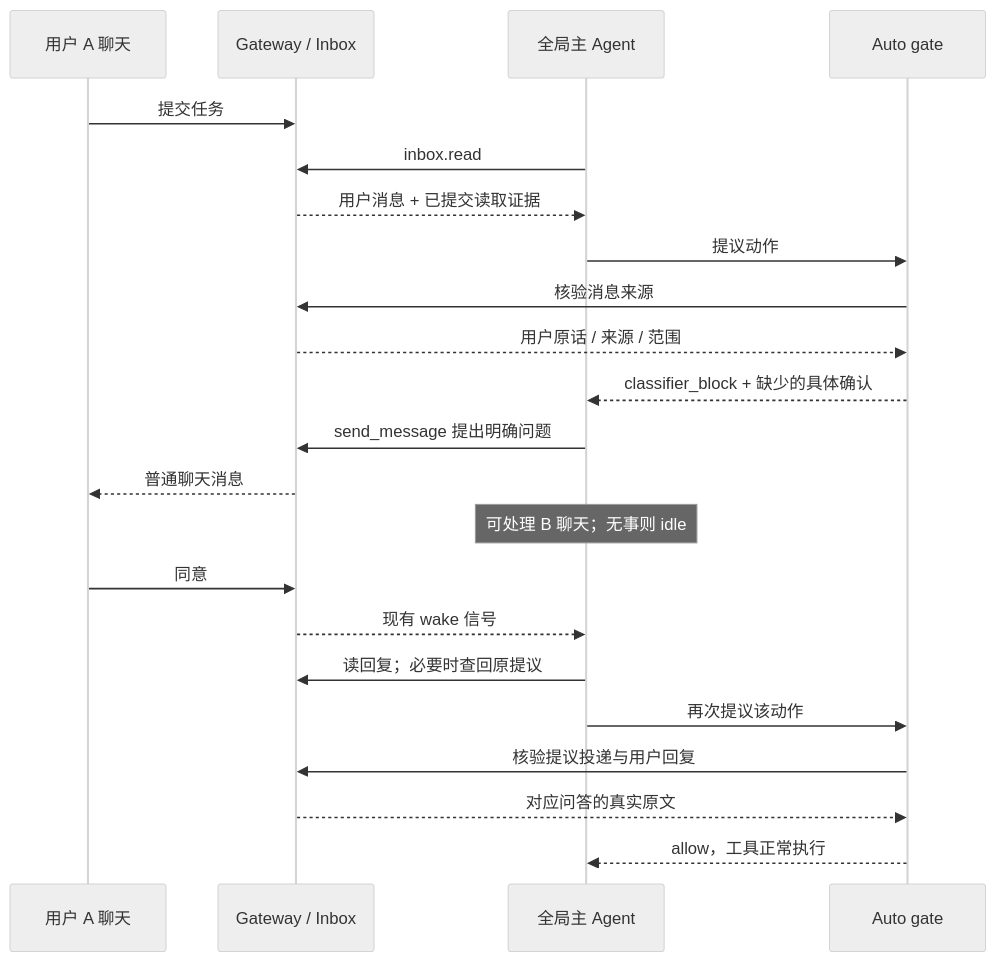
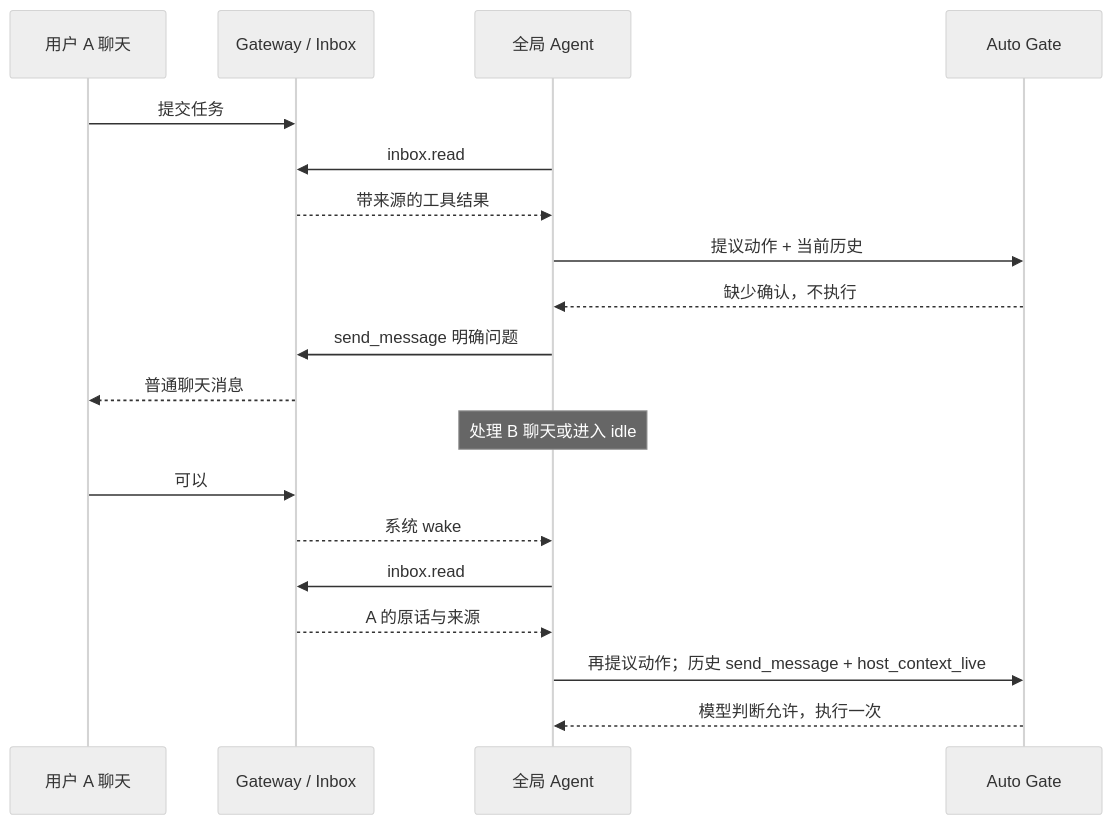
The second of 2 diagrams in docs/changes/feat-552-global-auto-approval/design.md (Mrchen116/nano-multiagent), drawn with Mermaid (neutral theme) before and after one commit. The commit also changed other lines of this file and 14 other files, not shown here.

````diff
--- a/docs/changes/feat-552-global-auto-approval/design.md
+++ b/docs/changes/feat-552-global-auto-approval/design.md
@@ -221,24 +258,21 @@
 ```mermaid
 sequenceDiagram
     participant U as 用户 A 聊天
     participant G as Gateway / Inbox
-    participant A as 全局主 Agent
-    participant P as Auto gate
+    participant A as 全局 Agent
+    participant P as Auto Gate
     U->>G: 提交任务
     A->>G: inbox.read
-    G-->>A: 用户消息 + 已提交读取证据
-    A->>P: 提议动作
-    P->>G: 核验消息来源
-    G-->>P: 用户原话 / 来源 / 范围
-    P-->>A: classifier_block + 缺少的具体确认
-    A->>G: send_message 提出明确问题
+    G-->>A: 带来源的工具结果
+    A->>P: 提议动作 + 当前历史
+    P-->>A: 缺少确认，不执行
+    A->>G: send_message 明确问题
     G-->>U: 普通聊天消息
-    Note over A: 可处理 B 聊天；无事则 idle
-    U->>G: 同意
-    G-->>A: 现有 wake 信号
-    A->>G: 读回复；必要时查回原提议
-    A->>P: 再次提议该动作
-    P->>G: 核验提议投递与用户回复
-    G-->>P: 对应问答的真实原文
-    P-->>A: allow，工具正常执行
+    Note over A: 处理 B 聊天或进入 idle
+    U->>G: 可以
+    G-->>A: 系统 wake
+    A->>G: inbox.read
+    G-->>A: A 的原话与来源
+    A->>P: 再提议动作；历史 send_message + host_context_live
+    P-->>A: 模型判断允许，执行一次
 ```
````
